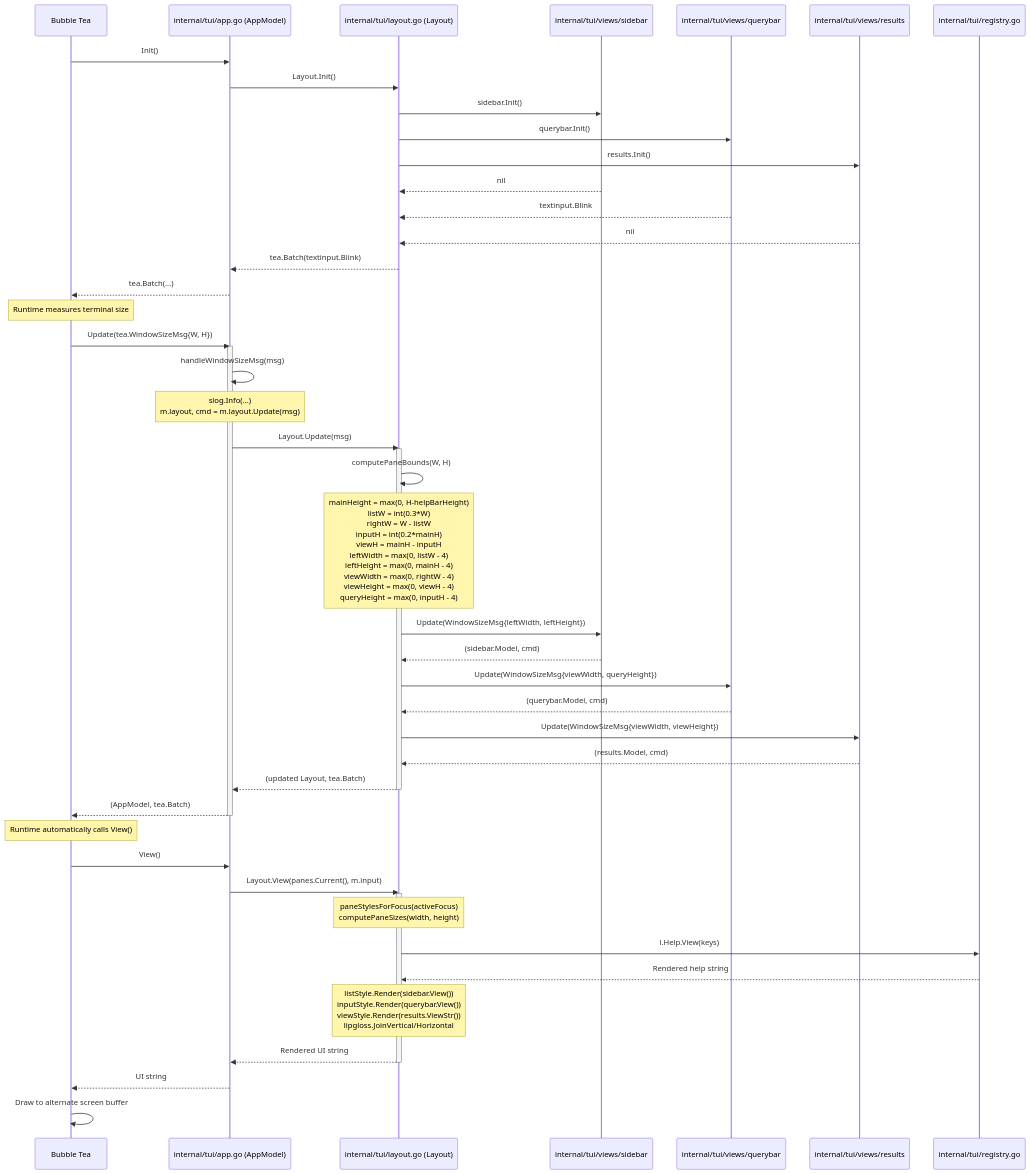
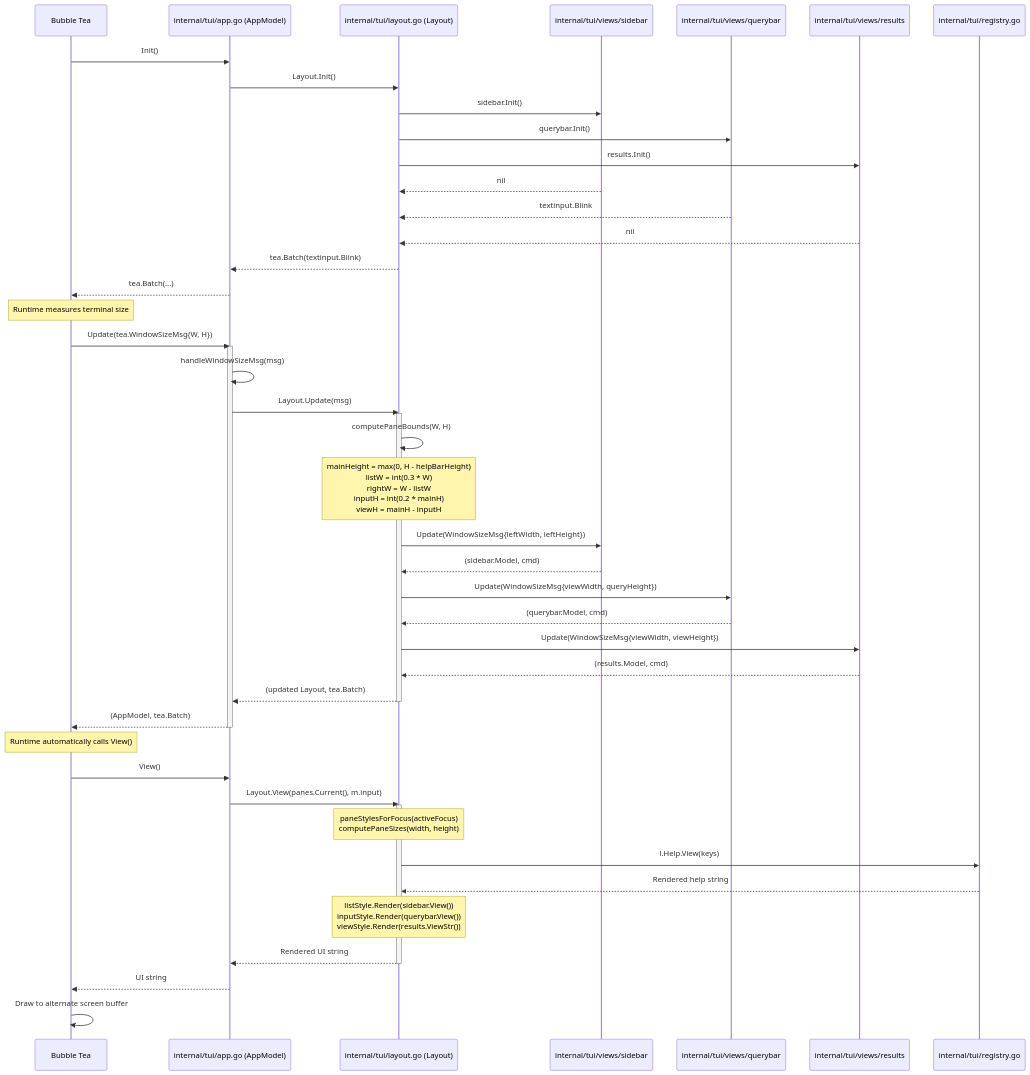
Before and after one commit to ajitm722/LazyOS: the second of 5 diagrams in docs/sequence_flows.md, drawn with Mermaid. The commit also changed other lines of this file and 27 other files, not shown here.

````diff
--- a/docs/sequence_flows.md
+++ b/docs/sequence_flows.md
@@ -130,66 +115,65 @@
 ```mermaid
 sequenceDiagram
     participant Runtime as Bubble Tea
     participant Model as internal/tui/app.go (AppModel)
     participant Layout as internal/tui/layout.go (Layout)
     participant Sidebar as internal/tui/views/sidebar
     participant Querybar as internal/tui/views/querybar
     participant Results as internal/tui/views/results
     participant InputHandler as internal/tui/registry.go
 
     Runtime->>Model: Init()
     Model->>Layout: Layout.Init()
     Layout->>Sidebar: sidebar.Init()
     Layout->>Querybar: querybar.Init()
     Layout->>Results: results.Init()
     Sidebar-->>Layout: nil
     Querybar-->>Layout: textinput.Blink
     Results-->>Layout: nil
     Layout-->>Model: tea.Batch(textinput.Blink)
     Model-->>Runtime: tea.Batch(...)
 
     Note over Runtime: Runtime measures terminal size
     Runtime->>Model: Update(tea.WindowSizeMsg{W, H})
 
     activate Model
     Model->>Model: handleWindowSizeMsg(msg)
-    Note over Model: slog.Info(...)<br/>m.layout, cmd = m.layout.Update(msg)
 
     Model->>Layout: Layout.Update(msg)
 
     activate Layout
     Layout->>Layout: computePaneBounds(W, H)
-    Note over Layout: mainHeight = max(0, H-helpBarHeight)<br/>listW = int(0.3*W)<br/>rightW = W - listW<br/>inputH = int(0.2*mainH)<br/>viewH = mainH - inputH<br/>leftWidth = max(0, listW - 4)<br/>leftHeight = max(0, mainH - 4)<br/>viewWidth = max(0, rightW - 4)<br/>viewHeight = max(0, viewH - 4)<br/>queryHeight = max(0, inputH - 4)
+    Note over Layout: mainHeight = max(0, H - helpBarHeight)<br/>listW = int(0.3 * W)<br/>rightW = W - listW<br/>inputH = int(0.2 * mainH)<br/>viewH = mainH - inputH
 
     Layout->>Sidebar: Update(WindowSizeMsg{leftWidth, leftHeight})
     Sidebar-->>Layout: (sidebar.Model, cmd)
     Layout->>Querybar: Update(WindowSizeMsg{viewWidth, queryHeight})
     Querybar-->>Layout: (querybar.Model, cmd)
     Layout->>Results: Update(WindowSizeMsg{viewWidth, viewHeight})
     Results-->>Layout: (results.Model, cmd)
 
     Layout-->>Model: (updated Layout, tea.Batch)
     deactivate Layout
 
     Model-->>Runtime: (AppModel, tea.Batch)
     deactivate Model
 
     Note over Runtime: Runtime automatically calls View()
 
     Runtime->>Model: View()
     Model->>Layout: Layout.View(panes.Current(), m.input)
 
     activate Layout
     Note over Layout: paneStylesForFocus(activeFocus)<br/>computePaneSizes(width, height)
 
     Layout->>InputHandler: l.Help.View(keys)
     InputHandler-->>Layout: Rendered help string
 
-    Note over Layout: listStyle.Render(sidebar.View())<br/>inputStyle.Render(querybar.View())<br/>viewStyle.Render(results.ViewStr())<br/>lipgloss.JoinVertical/Horizontal
+    Note over Layout: listStyle.Render(sidebar.View())<br/>inputStyle.Render(querybar.View())<br/>viewStyle.Render(results.ViewStr())
 
     Layout-->>Model: Rendered UI string
     deactivate Layout
 
     Model-->>Runtime: UI string
     Runtime->>Runtime: Draw to alternate screen buffer
 ```
````
